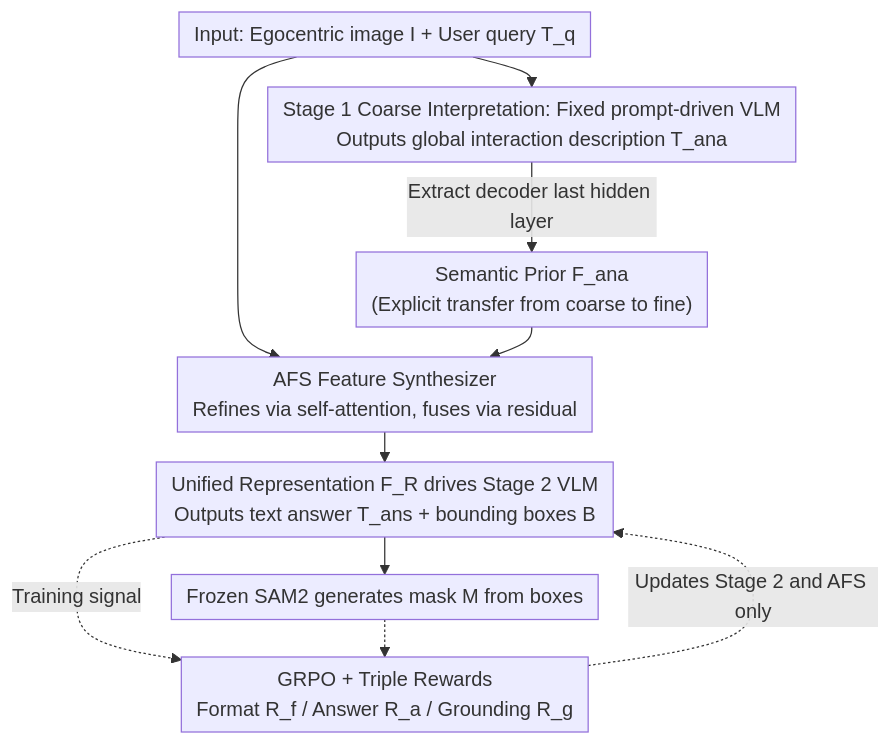
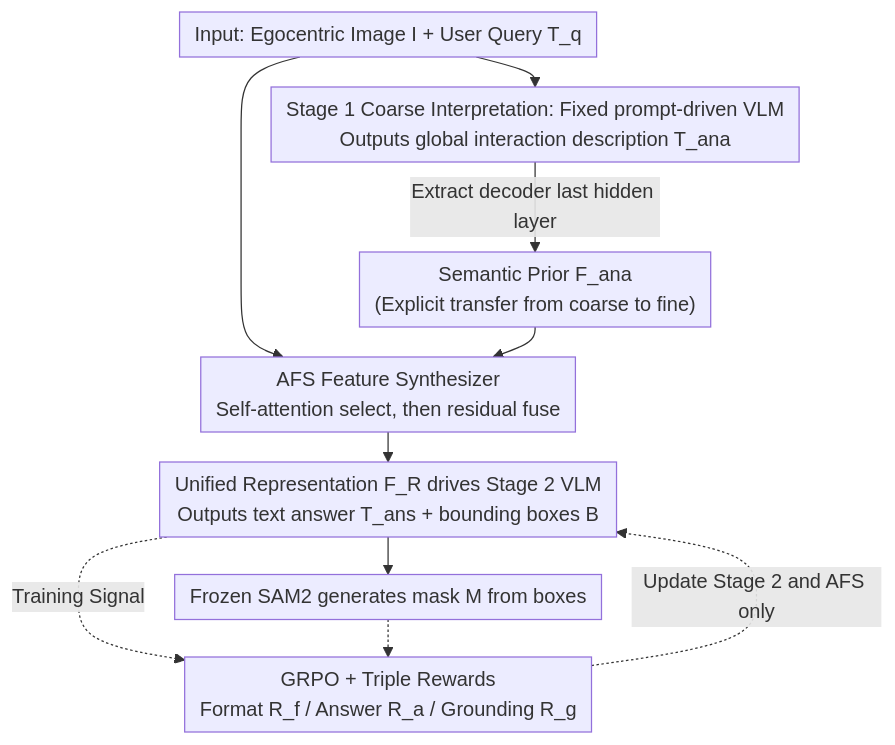
Before and after one commit to zhaoyang97/Paper-Notes-en: the diagram in docs/ICML2026/object_detection/earl_towards_a_unified_analysis-guided_reinforcement_learning_framework_for_egoc.md, drawn with Mermaid. The commit also changed other lines of this file and 5084 other files, not shown here.

````diff
--- a/docs/ICML2026/object_detection/earl_towards_a_unified_analysis-guided_reinforcement_learning_framework_for_egoc.md
+++ b/docs/ICML2026/object_detection/earl_towards_a_unified_analysis-guided_reinforcement_learning_framework_for_egoc.md
@@ -49,21 +49,14 @@
 ```mermaid
 %%{init: {'flowchart': {'rankSpacing': 24, 'nodeSpacing': 28, 'padding': 6, 'wrappingWidth': 400}}}%%
 flowchart TD
-    A["Input: Egocentric image I + User query T_q"]
-    B["Stage 1 Coarse Interpretation: Fixed prompt-driven VLM<br/>Outputs global interaction description T_ana"]
-    C["Semantic Prior F_ana<br/>(Explicit transfer from coarse to fine)"]
-    D["AFS Feature Synthesizer<br/>Refines via self-attention, fuses via residual"]
-    E["Unified Representation F_R drives Stage 2 VLM<br/>Outputs text answer T_ans + bounding boxes B"]
-    F["Frozen SAM2 generates mask M from boxes"]
-    G["GRPO + Triple Rewards<br/>Format R_f / Answer R_a / Grounding R_g"]
-    
-    A --> B
-    B -->|"Extract decoder last hidden layer"| C
-    A --> D
+    A["Input: Egocentric Image I + User Query T_q"]
+    A --> B["Stage 1 Coarse Interpretation: Fixed prompt-driven VLM<br/>Outputs global interaction description T_ana"]
+    B -->|"Extract decoder last hidden layer"| C["Semantic Prior F_ana<br/>(Explicit transfer from coarse to fine)"]
+    A --> D["AFS Feature Synthesizer<br/>Self-attention select, then residual fuse"]
     C --> D
-    D --> E
-    E --> F
-    E -.->|Training signal| G
+    D --> E["Unified Representation F_R drives Stage 2 VLM<br/>Outputs text answer T_ans + bounding boxes B"]
+    E --> F["Frozen SAM2 generates mask M from boxes"]
+    E -.->|Training Signal| G["GRPO + Triple Rewards<br/>Format R_f / Answer R_a / Grounding R_g"]
     F -.-> G
-    G -.->|Updates Stage 2 and AFS only| E
+    G -.->|Update Stage 2 and AFS only| E
 ```
````
